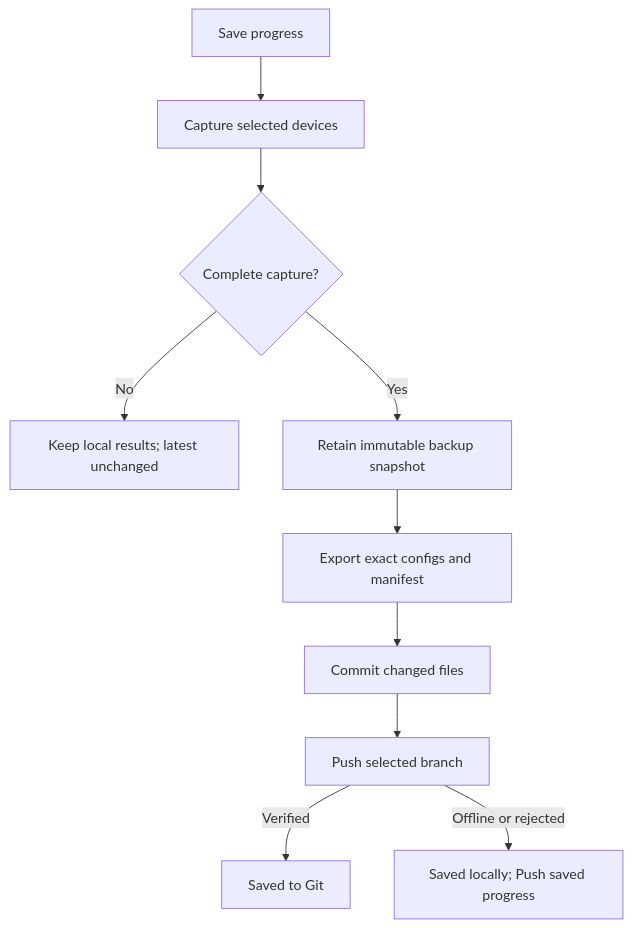
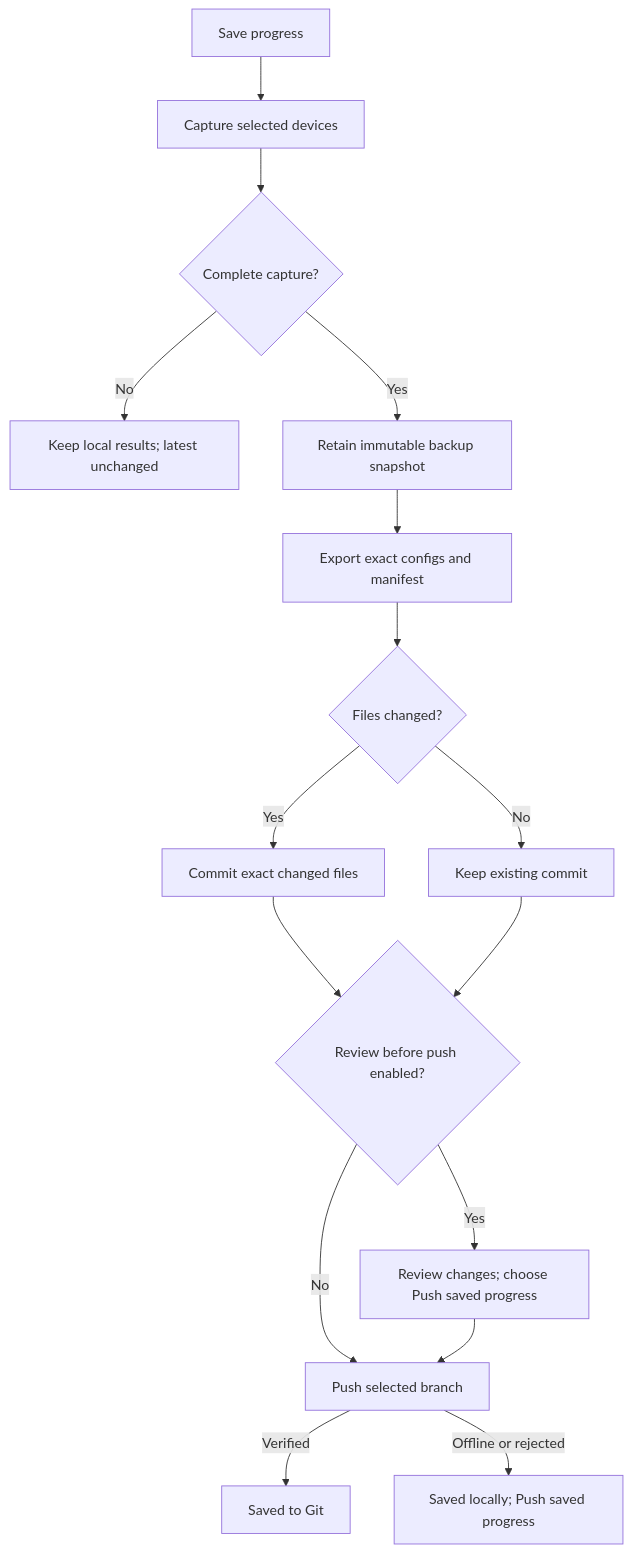
One commit to ArchRuger/CLAB-BACKUP-WORKER-v2 changed the second of 2 diagrams in WIKI-MASTER-GUIDE.md. Above: the diagram before and after it, drawn with Mermaid. The commit also changed other lines of this file and 26 other files, not shown here.

````diff
--- a/WIKI-MASTER-GUIDE.md
+++ b/WIKI-MASTER-GUIDE.md
@@ -1363,12 +1413,18 @@
 ```mermaid
 flowchart TD
     A[Save progress] --> B[Capture selected devices]
     B --> C{Complete capture?}
     C -- No --> D[Keep local results; latest unchanged]
     C -- Yes --> E[Retain immutable backup snapshot]
     E --> F[Export exact configs and manifest]
-    F --> G[Commit changed files]
-    G --> H[Push selected branch]
+    F --> G{Files changed?}
+    G -- Yes --> K[Commit exact changed files]
+    G -- No --> L[Keep existing commit]
+    K --> R{Review before push enabled?}
+    L --> R
+    R -- Yes --> S[Review changes; choose Push saved progress]
+    R -- No --> H[Push selected branch]
+    S --> H
     H -- Verified --> I[Saved to Git]
     H -- Offline or rejected --> J[Saved locally; Push saved progress]
 ```
````
